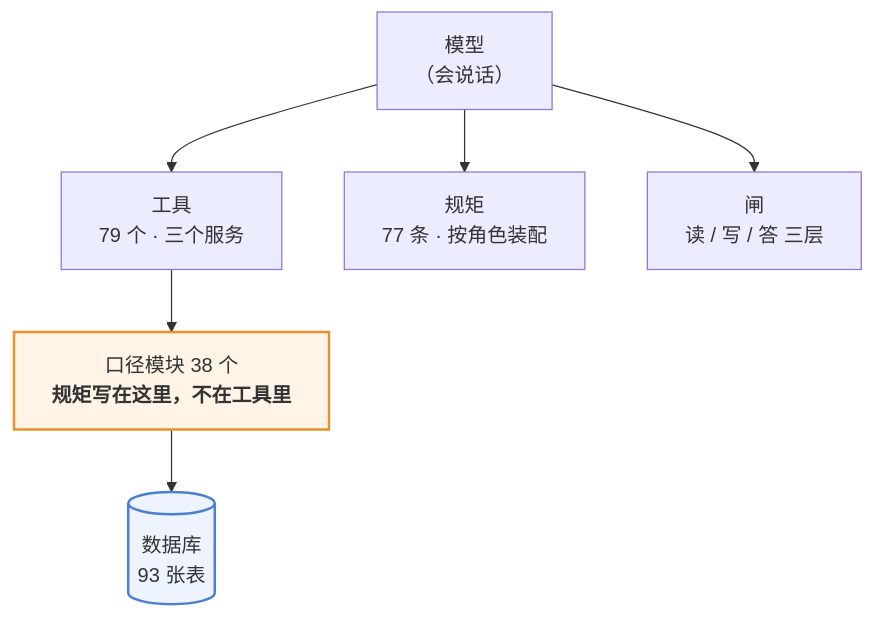
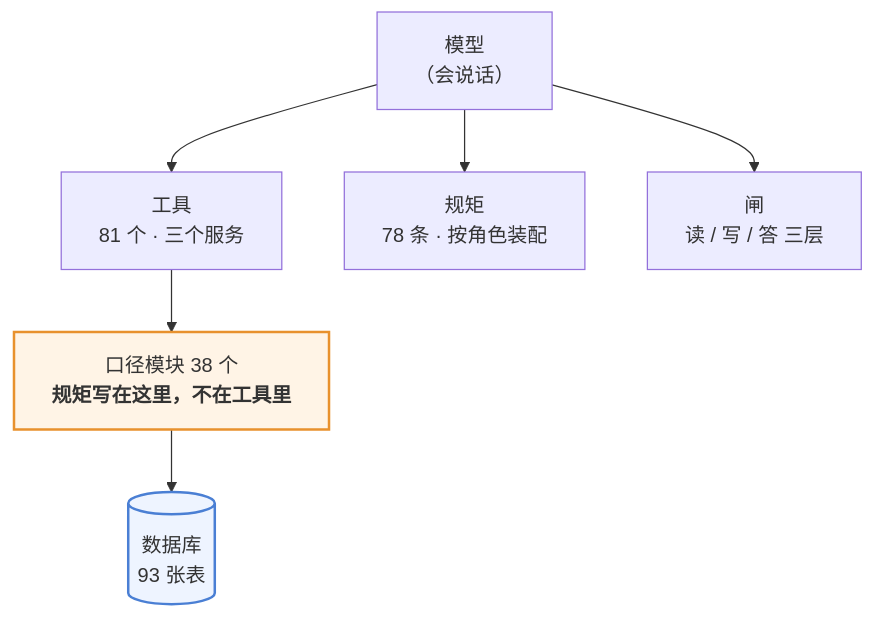
Before and after one commit to 843773296-rgb/lanxiu-yunshang-agent: the first of 3 diagrams in 澜绣云裳agent-产品说明.md, drawn with Mermaid. The commit also changed other lines of this file and 5 other files, not shown here.

````diff
--- a/澜绣云裳agent-产品说明.md
+++ b/澜绣云裳agent-产品说明.md
@@ -62,12 +62,12 @@
 ```mermaid
 flowchart TD
     M["模型<br/>（会说话）"]
-    M --> T["工具<br/>79 个 · 三个服务"]
-    M --> R["规矩<br/>77 条 · 按角色装配"]
+    M --> T["工具<br/>81 个 · 三个服务"]
+    M --> R["规矩<br/>78 条 · 按角色装配"]
     M --> G["闸<br/>读 / 写 / 答 三层"]
     T --> K["口径模块 38 个<br/><b>规矩写在这里，不在工具里</b>"]
     K --> DB[("数据库<br/>93 张表")]
 
     style K fill:#fff4e6,stroke:#e8912d,stroke-width:2px
     style DB fill:#eef4ff,stroke:#4a7fd4,stroke-width:2px
 ```
````
